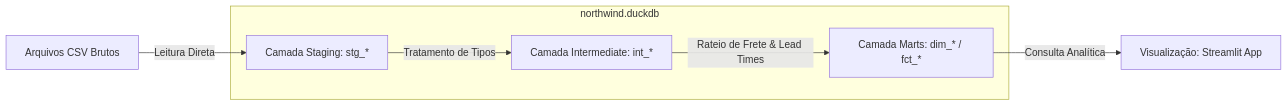
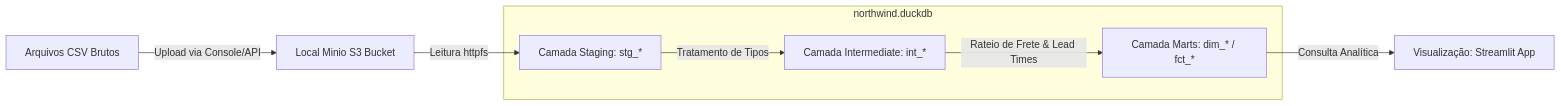
Before and after one commit to VitorPaes/sre-herluvina: the first of 3 diagrams in documents/03_architecture.md, drawn with Mermaid. The commit also changed other lines of this file and 3 other files, not shown here.

````diff
--- a/documents/03_architecture.md
+++ b/documents/03_architecture.md
@@ -30,13 +30,14 @@
 ```mermaid
 flowchart LR
-    CSV[Arquivos CSV Brutos] -->|Leitura Direta| STG[Camada Staging: stg_*]
+    CSV[Arquivos CSV Brutos] -->|Upload via Console/API| MINIO[Local Minio S3 Bucket]
+    MINIO -->|Leitura httpfs| STG[Camada Staging: stg_*]
     STG -->|Tratamento de Tipos| INT[Camada Intermediate: int_*]
     INT -->|Rateio de Frete & Lead Times| MARTS[Camada Marts: dim_* / fct_*]
     MARTS -->|Consulta Analítica| ST_APP[Visualização: Streamlit App]
     
     subgraph DuckDB Database File [northwind.duckdb]
         STG
         INT
         MARTS
     end
 ```
````
